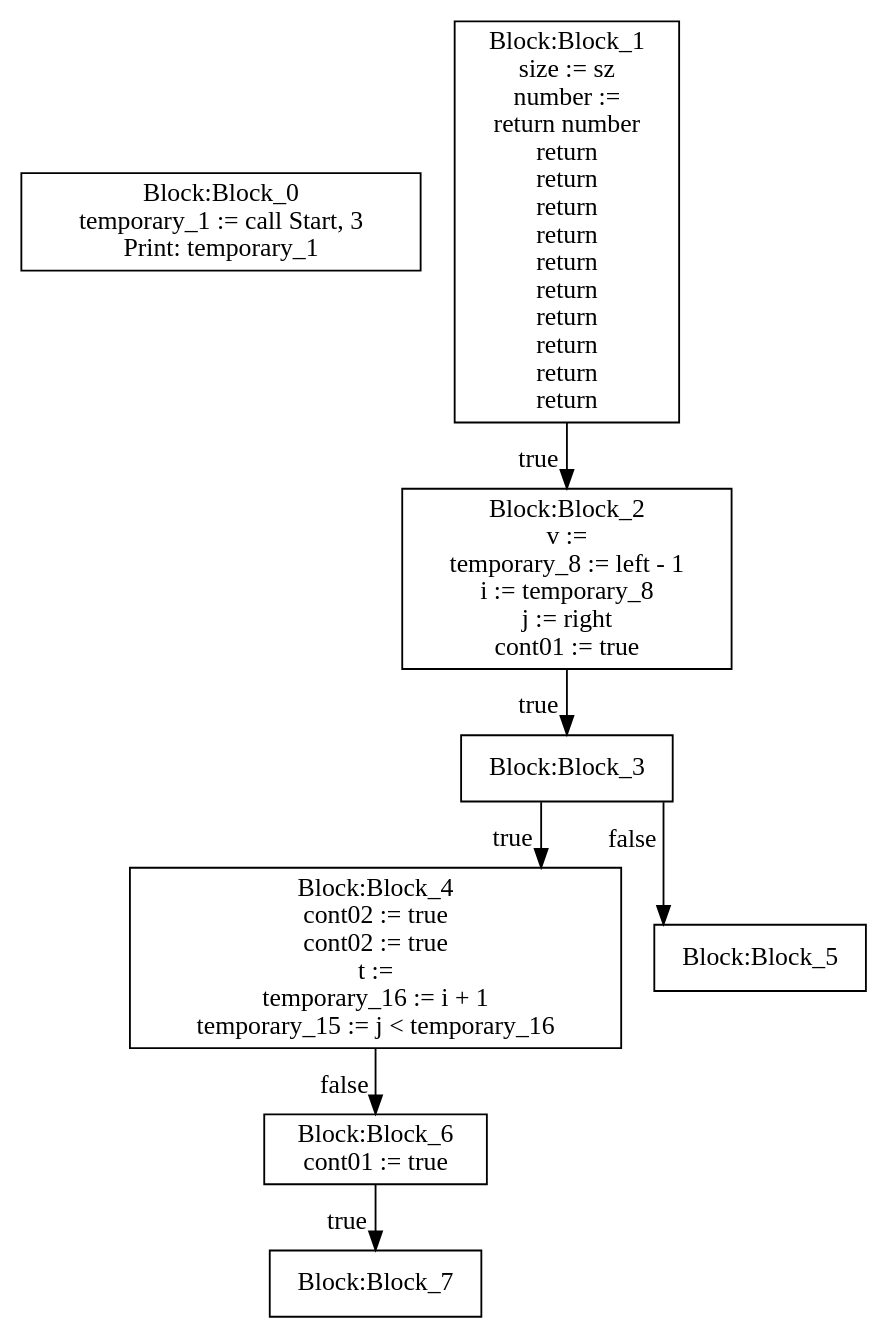
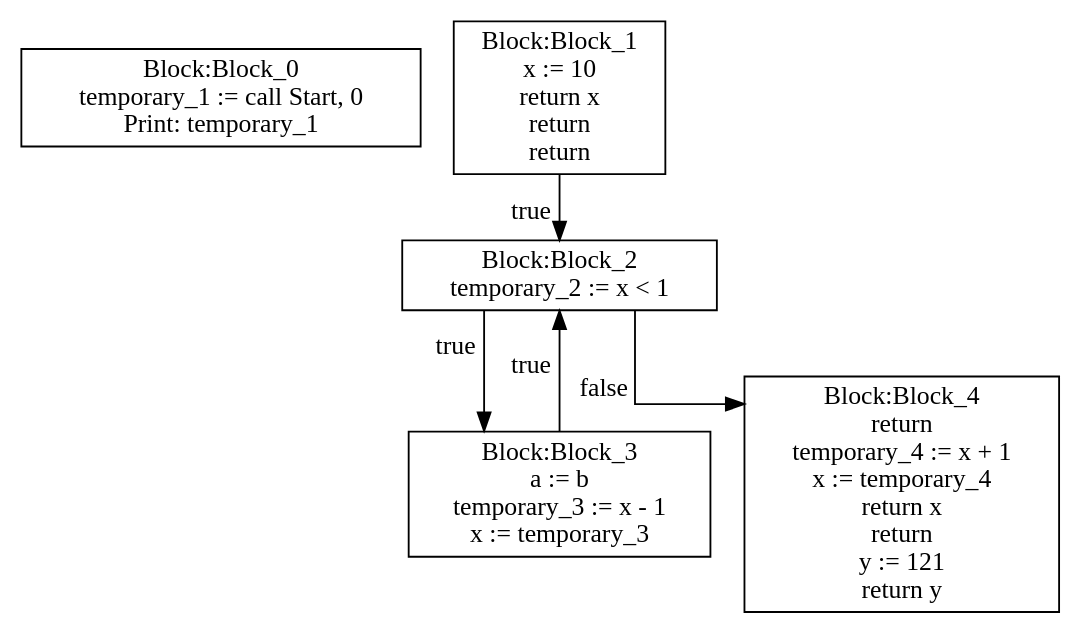
One commit to moondog-matthew/compiler-dv1655 changed the diagram in lab3/CFG-tree.dot. Above: the diagram before and after it, drawn with Graphviz. The commit also changed 6 other files, not shown here.

```diff
--- a/lab3/CFG-tree.dot
+++ b/lab3/CFG-tree.dot
@@ -1,77 +1,30 @@
 digraph {
 graph [ splines = ortho ]
 	node [ shape = box ];
 Block_0 [label="Block:Block_0
-temporary_1 := call Start, 3
+temporary_1 := call Start, 0
 Print: temporary_1"];
 Block_1 [label="Block:Block_1
-temporary_2 := call Init, 3
-aux01 := temporary_2
-return aux01
-temporary_3 := call Print, 0
-aux01 := temporary_3
-return aux01
-Print: 9999
+x := 10
+return x
 return 
-temporary_4 := size - 1
-aux01 := temporary_4
-return aux01
-temporary_5 := call Sort, 3
-aux01 := temporary_5
-return aux01
-temporary_6 := call Print, 0
-aux01 := temporary_6
-return aux01"];
-Block_1 [label="Block:Block_1
-return 
-return 
-return 
-return 
-return 
-return 
-t := 0
-return t
-temporary_7 := left < right
 return "];
 Block_1 -> Block_2 [xlabel = "true"]
 Block_2 [label="Block:Block_2
-v := 
-temporary_8 := left - 1
-i := temporary_8
-j := right
-cont01 := true"];
+temporary_2 := x < 1"];
 Block_2 -> Block_3 [xlabel = "true"]
-Block_3 [label="Block:Block_3"];
-Block_3 -> Block_4 [xlabel = "true"]
+Block_3 [label="Block:Block_3
+a := b
+temporary_3 := x - 1
+x := temporary_3"];
+Block_3 -> Block_2 [xlabel = "true"]
+Block_2 -> Block_4 [xlabel = "false"]
 Block_4 [label="Block:Block_4
-cont02 := true
-cont02 := true
-t := 
-temporary_16 := i + 1
-temporary_15 := j < temporary_16"];
-Block_4 -> Block_6 [xlabel = "false"]
-Block_6 [label="Block:Block_6
-cont01 := true"];
-Block_6 -> Block_7 [xlabel = "true"]
-Block_7 [label="Block:Block_7"];
-Block_3 -> Block_5 [xlabel = "false"]
-Block_5 [label="Block:Block_5"];
-Block_1 [label="Block:Block_1
-j := 0
-return j
-return "];
-Block_1 [label="Block:Block_1
-size := sz
-number := 
-return number
 return 
+temporary_4 := x + 1
+x := temporary_4
+return x
 return 
-return 
-return 
-return 
-return 
-return 
-return 
-return 
-return "];
+y := 121
+return y"];
 }
```
